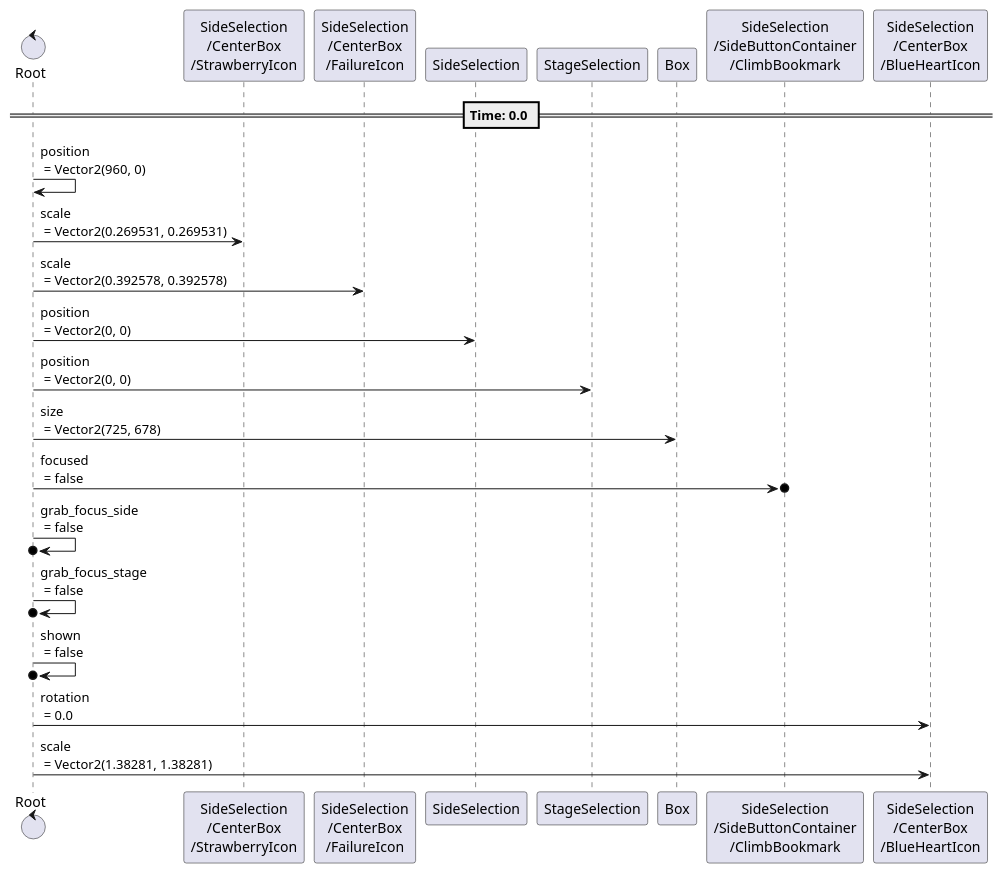
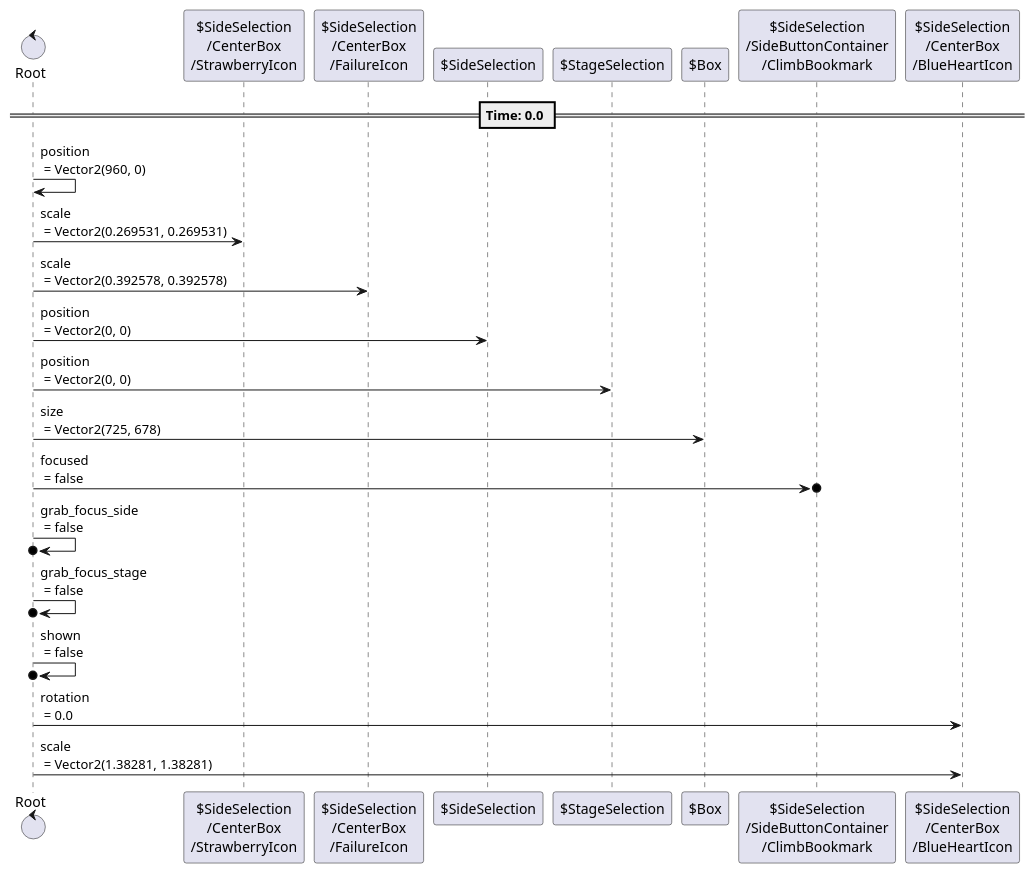
The second of 6 diagrams in content/scenes/src/beginning/chapters/menu/menu.tscn.adoc (tkmfujise/Platformer-Game-Learning), drawn with PlantUML before and after one commit. The commit also changed other lines of this file and 31 other files, not shown here.

Commit message:
Add prefix $ to node name in animation sequences

```diff
--- a/content/scenes/src/beginning/chapters/menu/menu.tscn.adoc
+++ b/content/scenes/src/beginning/chapters/menu/menu.tscn.adoc
@@ -362,29 +362,29 @@
 [plantuml]
 ....
-control "Root" as Root
-participant "SideSelection\n/CenterBox\n/StrawberryIcon" as T1
-participant "SideSelection\n/CenterBox\n/FailureIcon" as T2
-participant "SideSelection" as T3
-participant "StageSelection" as T4
-participant "Box" as T5
-participant "SideSelection\n/SideButtonContainer\n/ClimbBookmark" as T6
-participant "SideSelection\n/CenterBox\n/BlueHeartIcon" as T10
+control "Root" as R
+participant "$SideSelection\n/CenterBox\n/StrawberryIcon" as T1
+participant "$SideSelection\n/CenterBox\n/FailureIcon" as T2
+participant "$SideSelection" as T3
+participant "$StageSelection" as T4
+participant "$Box" as T5
+participant "$SideSelection\n/SideButtonContainer\n/ClimbBookmark" as T6
+participant "$SideSelection\n/CenterBox\n/BlueHeartIcon" as T10
 
 
 
 == Time: 0.0 ==
-Root  ->  Root : position\n = Vector2(960, 0)
-Root  ->  T1 : scale\n = Vector2(0.269531, 0.269531)
-Root  ->  T2 : scale\n = Vector2(0.392578, 0.392578)
-Root  ->  T3 : position\n = Vector2(0, 0)
-Root  ->  T4 : position\n = Vector2(0, 0)
-Root  ->  T5 : size\n = Vector2(725, 678)
-Root  ->o  T6 : focused\n = false
-Root  ->o  Root : grab_focus_side\n = false
-Root  ->o  Root : grab_focus_stage\n = false
-Root  ->o  Root : shown\n = false
-Root  ->  T10 : rotation\n = 0.0
-Root  ->  T10 : scale\n = Vector2(1.38281, 1.38281)
+R  ->  R : position\n = Vector2(960, 0)
+R  ->  T1 : scale\n = Vector2(0.269531, 0.269531)
+R  ->  T2 : scale\n = Vector2(0.392578, 0.392578)
+R  ->  T3 : position\n = Vector2(0, 0)
+R  ->  T4 : position\n = Vector2(0, 0)
+R  ->  T5 : size\n = Vector2(725, 678)
+R  ->o  T6 : focused\n = false
+R  ->o  R : grab_focus_side\n = false
+R  ->o  R : grab_focus_stage\n = false
+R  ->o  R : shown\n = false
+R  ->  T10 : rotation\n = 0.0
+R  ->  T10 : scale\n = Vector2(1.38281, 1.38281)
 
 
 ....
```
